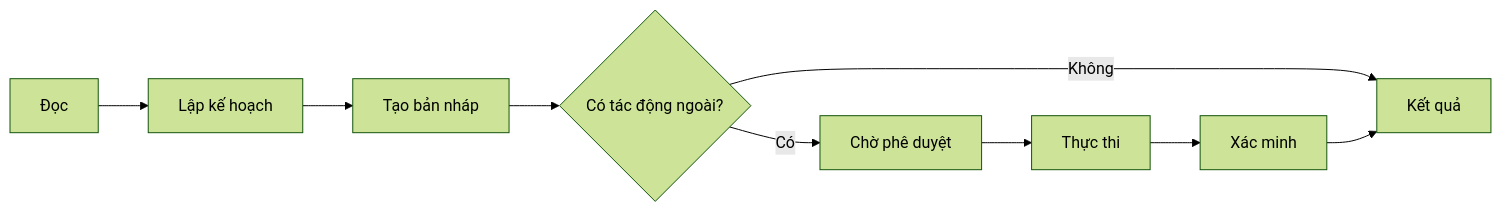
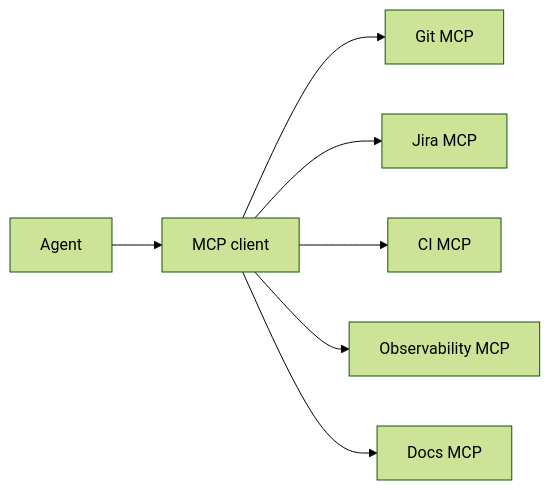
Diagram 11 of 15 in OPENAI_AGENTS_GUIDE_VI.md (huynv-xyz/vhm), drawn with Mermaid (forest theme) before and after one commit. The commit also changed other lines of this file, not shown here.

````diff
--- a/OPENAI_AGENTS_GUIDE_VI.md
+++ b/OPENAI_AGENTS_GUIDE_VI.md
@@ -372,11 +642,9 @@
 ```mermaid
 flowchart LR
-    READ[Đọc] --> PLAN[Lập kế hoạch]
-    PLAN --> DRAFT[Tạo bản nháp]
-    DRAFT --> A{Có tác động ngoài?}
-    A -- Không --> OUT[Kết quả]
-    A -- Có --> AP[Chờ phê duyệt]
-    AP --> EX[Thực thi]
-    EX --> VE[Xác minh]
-    VE --> OUT
+    A[Agent] --> M[MCP client]
+    M --> G[Git MCP]
+    M --> J[Jira MCP]
+    M --> C[CI MCP]
+    M --> O[Observability MCP]
+    M --> D[Docs MCP]
 ```
````
